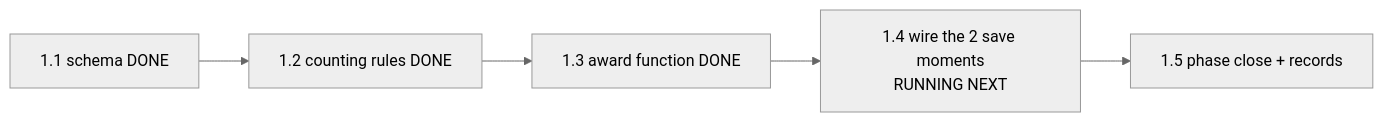
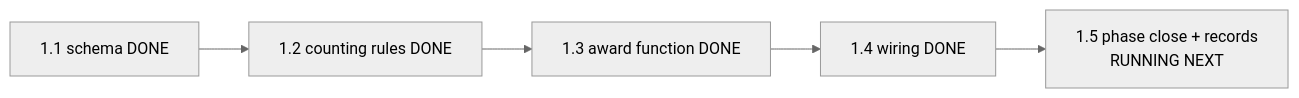
The diagram in .oplan/word-trophies/STATUS.md (dkreinov/magic-clinic-english), drawn with Mermaid (neutral theme) before and after one commit. The commit also changed other lines of this file and 1 other file, not shown here.

Commit message:
oplan: word-trophies step 1.4 accepted (326dcf7) — records incl. audit false-positive resolution

````diff
--- a/.oplan/word-trophies/STATUS.md
+++ b/.oplan/word-trophies/STATUS.md
@@ -9,7 +9,7 @@
 ```mermaid
 flowchart LR
     S11[1.1 schema DONE] --> S12[1.2 counting rules DONE]
     S12 --> S13[1.3 award function DONE]
-    S13 --> S14[1.4 wire the 2 save moments<br/>RUNNING NEXT]
-    S14 --> S15[1.5 phase close + records]
+    S13 --> S14[1.4 wiring DONE]
+    S14 --> S15[1.5 phase close + records<br/>RUNNING NEXT]
 ```
````
